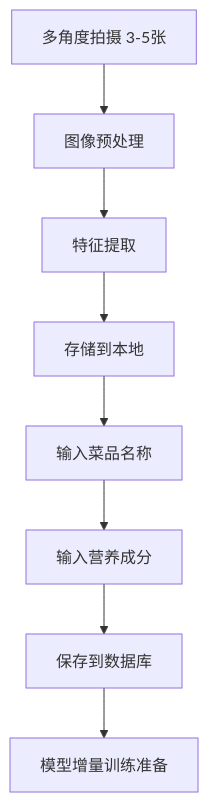
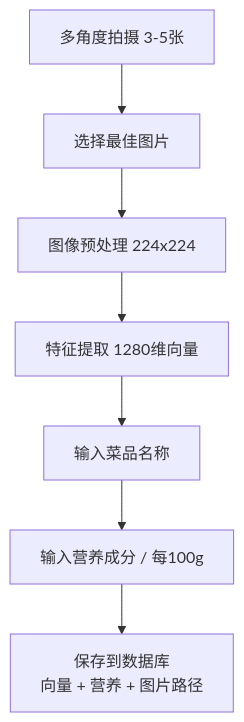
One commit to zweiandlen/dishscan changed the third of 3 diagrams in .monkeycode/specs/2026-04-09-dish-recognition/design.md. Above: the diagram before and after it, drawn with Mermaid. The commit also changed other lines of this file, not shown here.

````diff
--- a/.monkeycode/specs/2026-04-09-dish-recognition/design.md
+++ b/.monkeycode/specs/2026-04-09-dish-recognition/design.md
@@ -237,10 +257,9 @@
 ```mermaid
 flowchart TD
-    A[多角度拍摄 3-5张] --> B[图像预处理]
-    B --> C[特征提取]
-    C --> D[存储到本地]
+    A[多角度拍摄 3-5张] --> B[选择最佳图片]
+    B --> C[图像预处理 224x224]
+    C --> D[特征提取 1280维向量]
     D --> E[输入菜品名称]
-    E --> F[输入营养成分]
-    F --> G[保存到数据库]
-    G --> H[模型增量训练准备]
+    E --> F[输入营养成分 / 每100g]
+    F --> G[保存到数据库<br/>向量 + 营养 + 图片路径]
 ```
````
